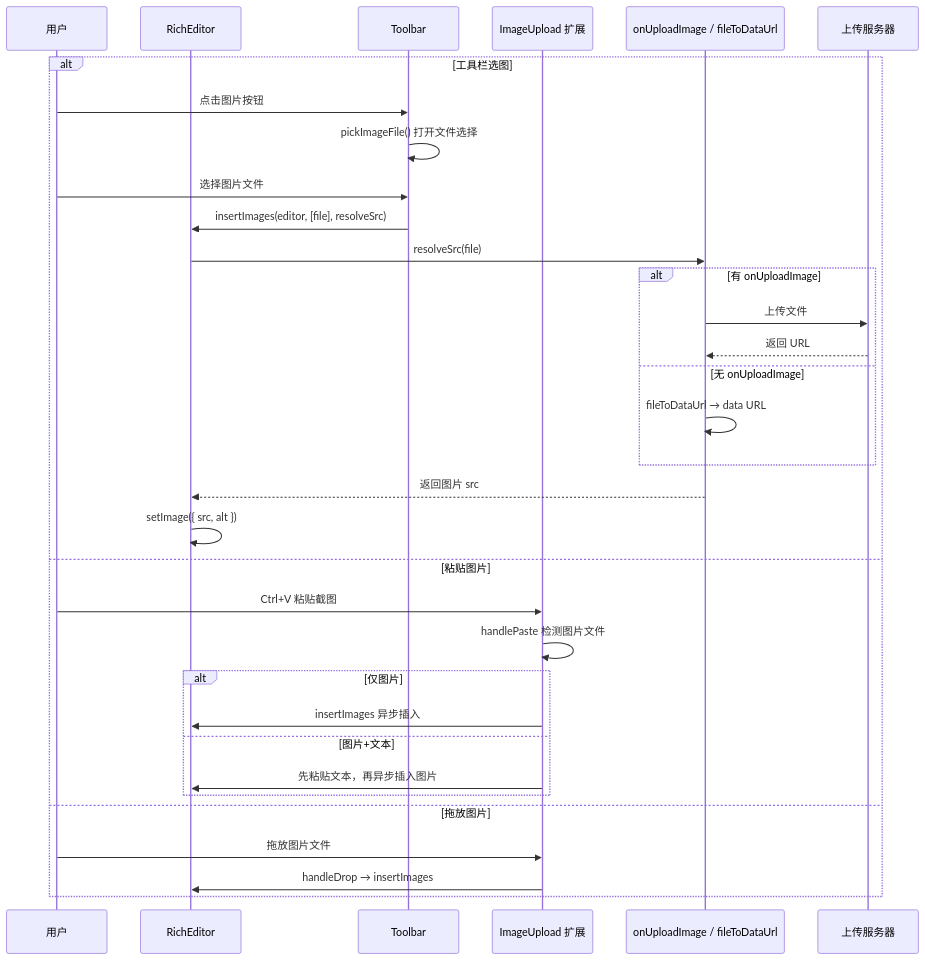
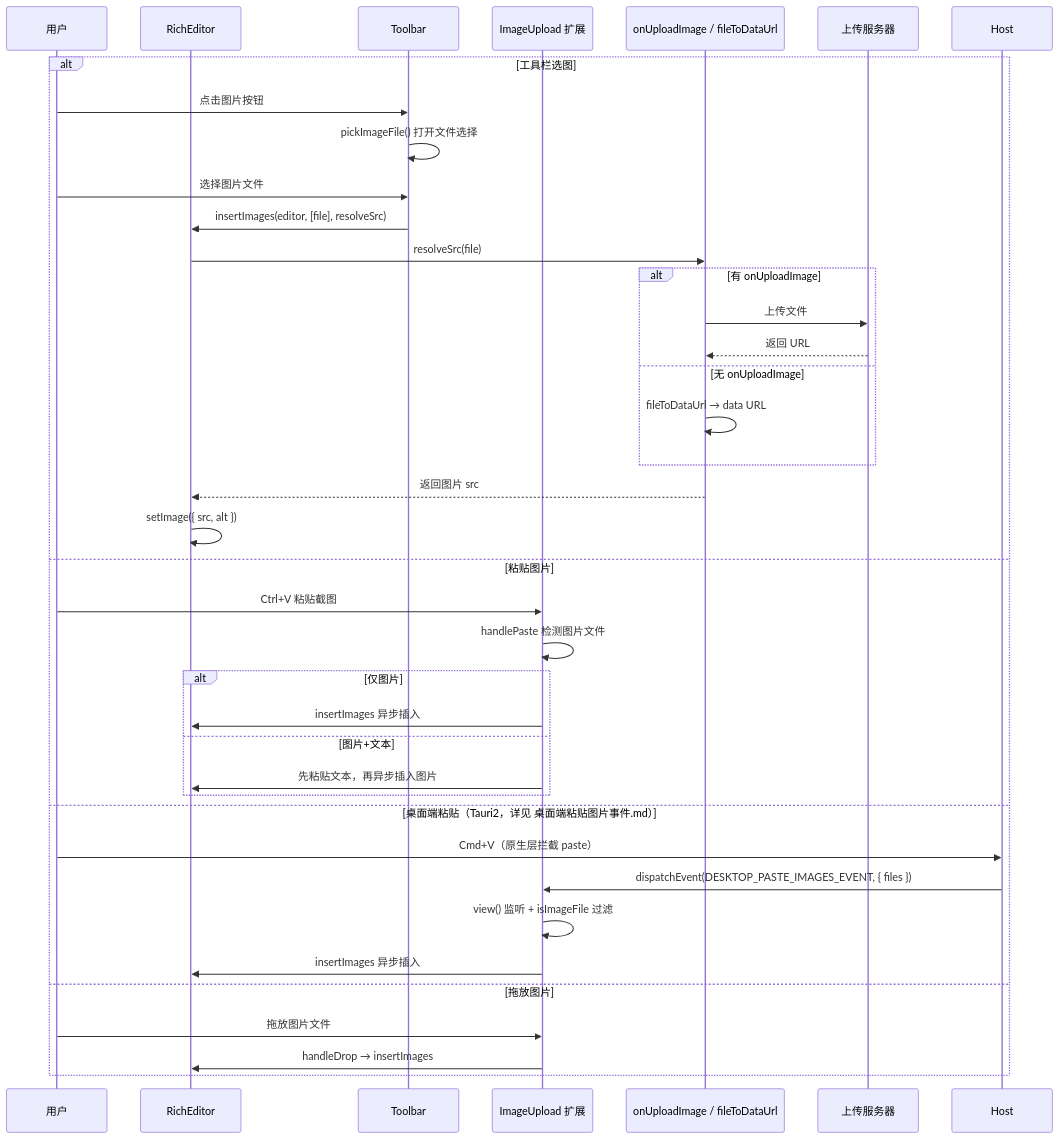
Before and after one commit to dnhyxc/dnhyxc-ai-plugins: the third of 5 diagrams in docs/rich-editor.md, drawn with Mermaid. The commit also changed other lines of this file and 14 other files, not shown here.

````diff
--- a/docs/rich-editor.md
+++ b/docs/rich-editor.md
@@ -101,36 +103,41 @@
 ```mermaid
 sequenceDiagram
     participant User as 用户
     participant Editor as RichEditor
     participant Toolbar as Toolbar
     participant ImageExt as ImageUpload 扩展
     participant ResolveSrc as onUploadImage / fileToDataUrl
     participant Server as 上传服务器
 
     alt 工具栏选图
         User->>Toolbar: 点击图片按钮
         Toolbar->>Toolbar: pickImageFile() 打开文件选择
         User->>Toolbar: 选择图片文件
         Toolbar->>Editor: insertImages(editor, [file], resolveSrc)
         Editor->>ResolveSrc: resolveSrc(file)
         alt 有 onUploadImage
             ResolveSrc->>Server: 上传文件
             Server-->>ResolveSrc: 返回 URL
         else 无 onUploadImage
             ResolveSrc->>ResolveSrc: fileToDataUrl → data URL
         end
         ResolveSrc-->>Editor: 返回图片 src
         Editor->>Editor: setImage({ src, alt })
     else 粘贴图片
         User->>ImageExt: Ctrl+V 粘贴截图
         ImageExt->>ImageExt: handlePaste 检测图片文件
         alt 仅图片
             ImageExt->>Editor: insertImages 异步插入
         else 图片+文本
             ImageExt->>Editor: 先粘贴文本，再异步插入图片
         end
+    else 桌面端粘贴（Tauri2，详见 桌面端粘贴图片事件.md）
+        User->>Host: Cmd+V（原生层拦截 paste）
+        Host->>ImageExt: dispatchEvent(DESKTOP_PASTE_IMAGES_EVENT, { files })
+        ImageExt->>ImageExt: view() 监听 + isImageFile 过滤
+        ImageExt->>Editor: insertImages 异步插入
     else 拖放图片
         User->>ImageExt: 拖放图片文件
         ImageExt->>Editor: handleDrop → insertImages
     end
 ```
````
